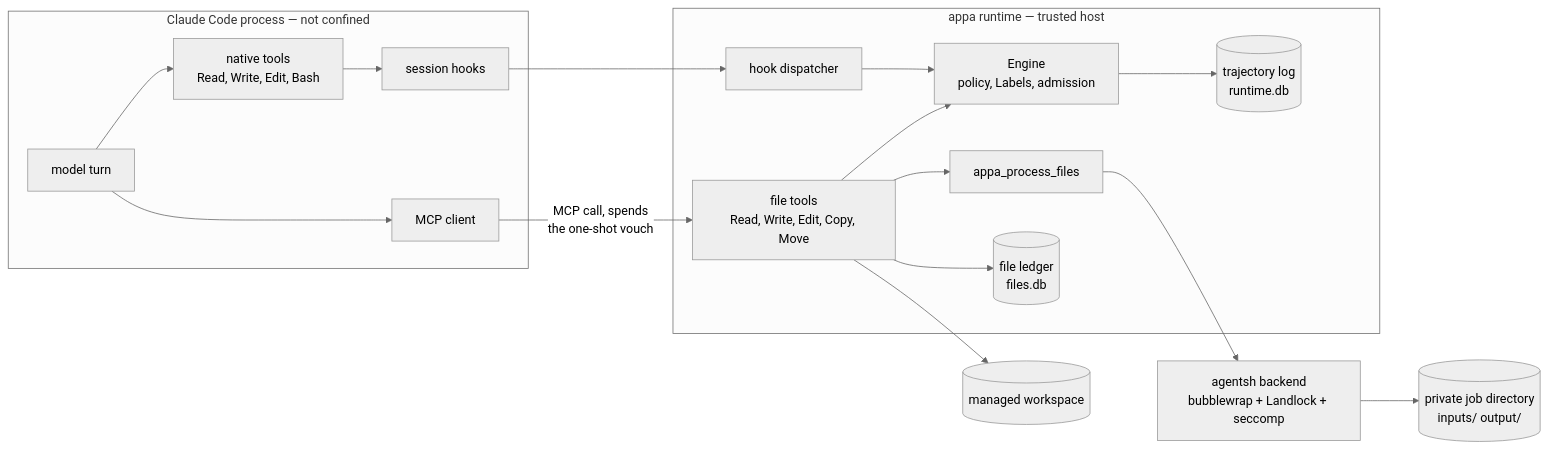
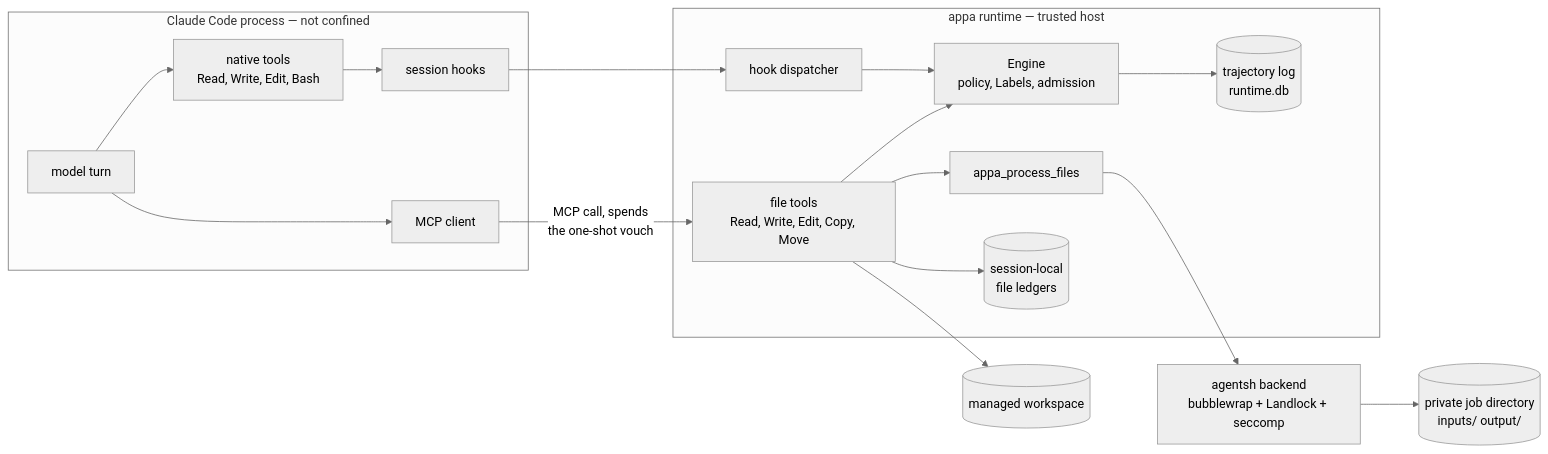
One commit to archestra-ai/OpenAPPA changed the first of 4 diagrams in appa-runtime/FILE-MEDIATION.md. Above: the diagram before and after it, drawn with Mermaid (neutral theme). The commit also changed other lines of this file and 14 other files, not shown here.

First line of the commit message:
feat(files): make taint ledger session-local

````diff
--- a/appa-runtime/FILE-MEDIATION.md
+++ b/appa-runtime/FILE-MEDIATION.md
@@ -53,36 +53,36 @@
 ```mermaid
 flowchart LR
     subgraph cc["Claude Code process — not confined"]
         model["model turn"]
         native["native tools<br/>Read, Write, Edit, Bash"]
         hooks["session hooks"]
         client["MCP client"]
     end
 
     subgraph rt["appa runtime — trusted host"]
         dispatcher["hook dispatcher"]
         engine["Engine<br/>policy, Labels, admission"]
         tools["file tools<br/>Read, Write, Edit, Copy, Move"]
         process["appa_process_files"]
-        ledger[("file ledger<br/>files.db")]
+        ledger[("session-local<br/>file ledgers")]
         log[("trajectory log<br/>runtime.db")]
     end
 
     workspace[("managed workspace")]
     backend["agentsh backend<br/>bubblewrap + Landlock + seccomp"]
     job[("private job directory<br/>inputs/ output/")]
 
     model --> native
     model --> client
     native --> hooks
     hooks --> dispatcher
     dispatcher --> engine
     client -->|"MCP call, spends<br/>the one-shot vouch"| tools
     tools --> engine
     engine --> log
     tools --> ledger
     tools --> workspace
     tools --> process
     process --> backend
     backend --> job
 ```
````
